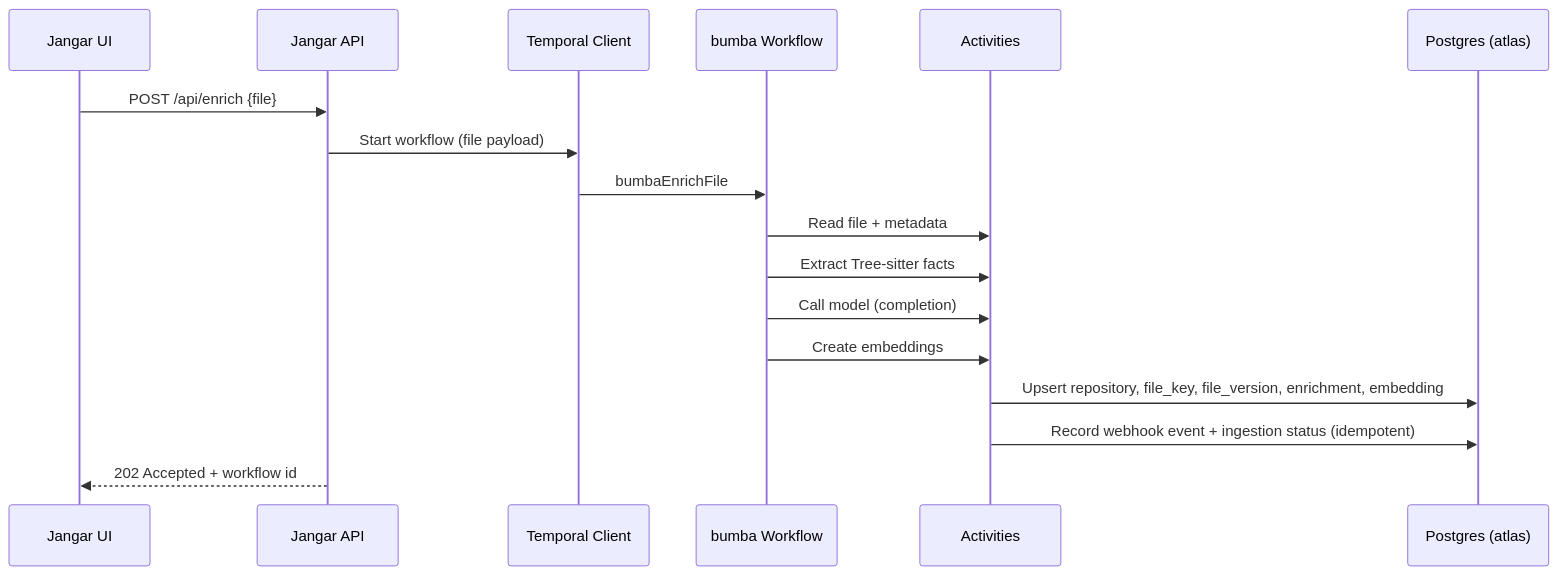
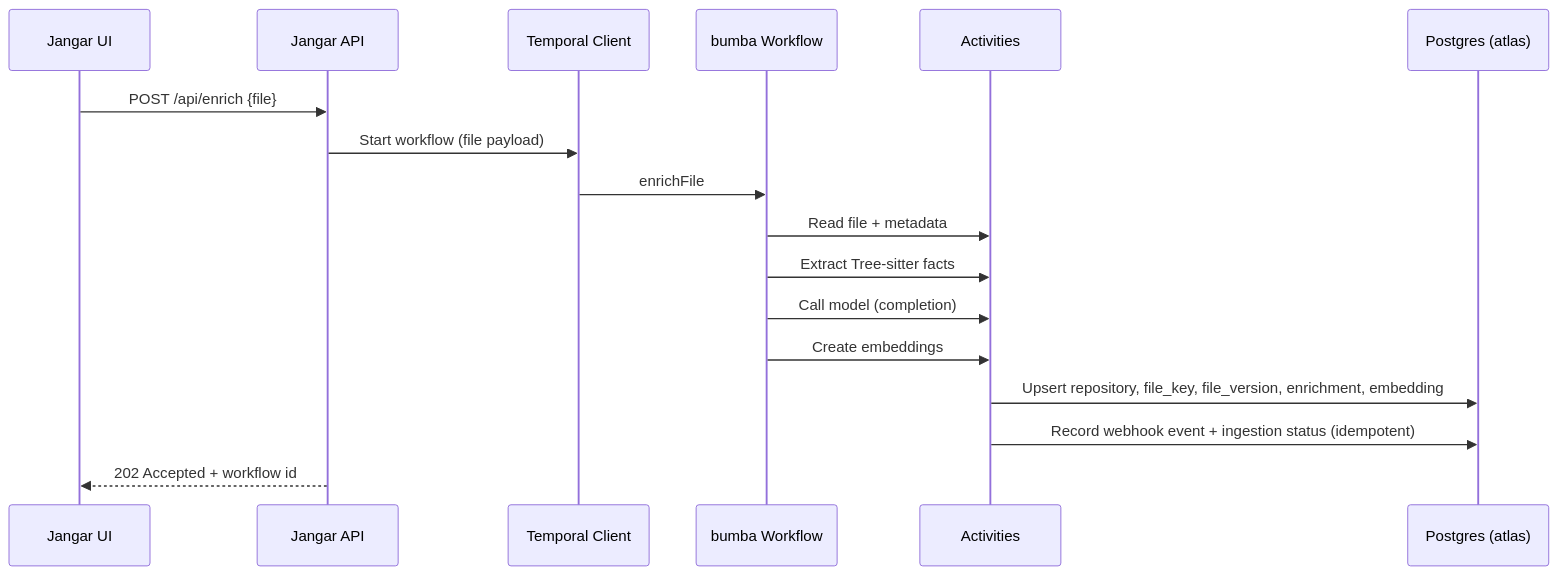
One commit to proompteng/lab changed the third of 3 diagrams in docs/atlas-indexing.md. Above: the diagram before and after it, drawn with Mermaid. The commit also changed 11 other files, not shown here.

Commit message:
fix: stabilize atlas schema + bumba persist

````diff
--- a/docs/atlas-indexing.md
+++ b/docs/atlas-indexing.md
@@ -253,20 +253,20 @@
 ```mermaid
 sequenceDiagram
   participant UI as Jangar UI
   participant API as Jangar API
   participant TC as Temporal Client
   participant WF as bumba Workflow
   participant ACT as Activities
   participant DB as Postgres (atlas)
 
   UI->>API: POST /api/enrich {file}
   API->>TC: Start workflow (file payload)
-  TC->>WF: bumbaEnrichFile
+  TC->>WF: enrichFile
   WF->>ACT: Read file + metadata
   WF->>ACT: Extract Tree‑sitter facts
   WF->>ACT: Call model (completion)
   WF->>ACT: Create embeddings
   ACT->>DB: Upsert repository, file_key, file_version, enrichment, embedding
   ACT->>DB: Record webhook event + ingestion status (idempotent)
   API-->>UI: 202 Accepted + workflow id
 ```
````
